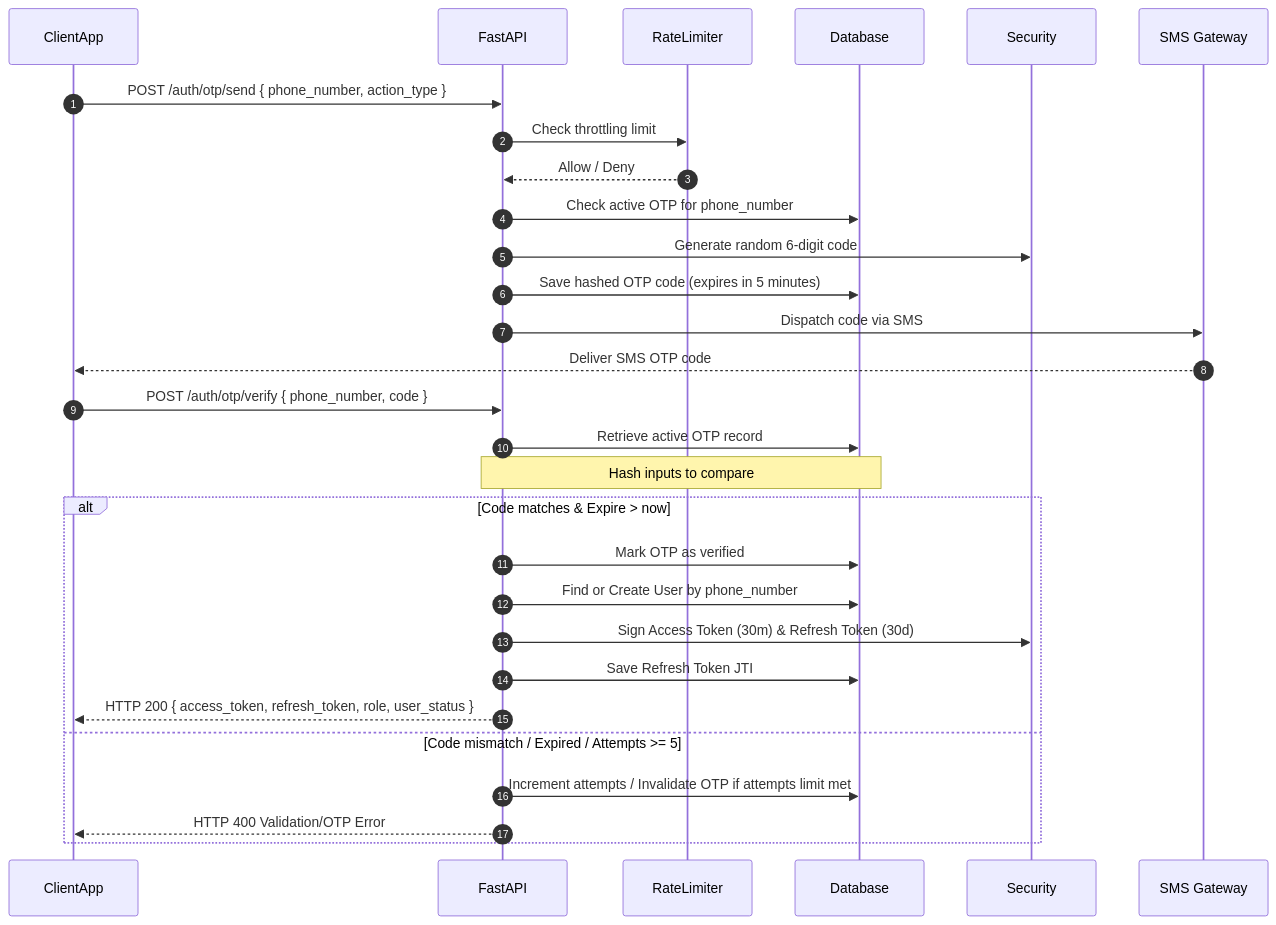
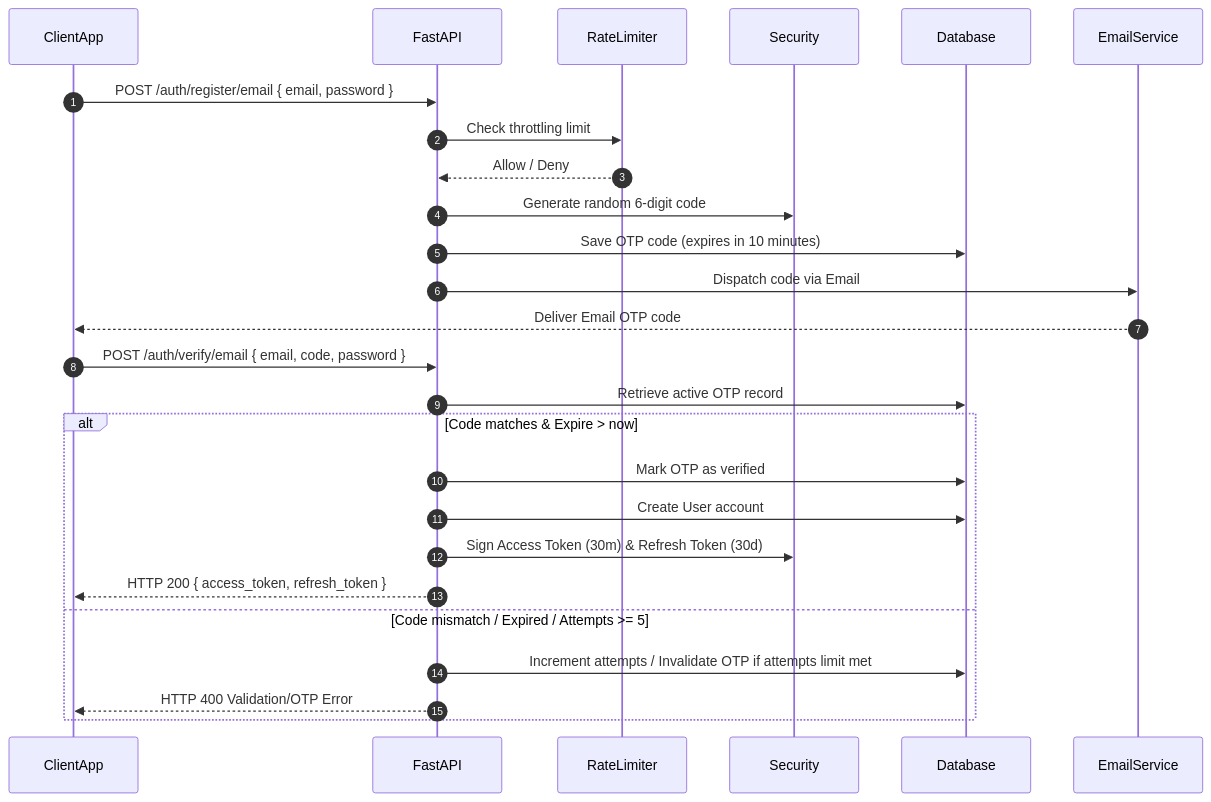
One commit to abhiyaligar/communityconnect changed the second of 3 diagrams in docs/Backend_Technical.md. Above: the diagram before and after it, drawn with Mermaid. The commit also changed other lines of this file and 7 other files, not shown here.

````diff
--- a/docs/Backend_Technical.md
+++ b/docs/Backend_Technical.md
@@ -127,25 +127,22 @@
 ```mermaid
 sequenceDiagram
     autonumber
-    ClientApp ->> FastAPI: POST /auth/otp/send { phone_number, action_type }
+    ClientApp ->> FastAPI: POST /auth/register/email { email, password }
     FastAPI ->> RateLimiter: Check throttling limit
     RateLimiter -->> FastAPI: Allow / Deny
-    FastAPI ->> Database: Check active OTP for phone_number
     FastAPI ->> Security: Generate random 6-digit code
-    FastAPI ->> Database: Save hashed OTP code (expires in 5 minutes)
-    FastAPI ->> SMS Gateway: Dispatch code via SMS
-    SMS Gateway -->> ClientApp: Deliver SMS OTP code
-    ClientApp ->> FastAPI: POST /auth/otp/verify { phone_number, code }
+    FastAPI ->> Database: Save OTP code (expires in 10 minutes)
+    FastAPI ->> EmailService: Dispatch code via Email
+    EmailService -->> ClientApp: Deliver Email OTP code
+    ClientApp ->> FastAPI: POST /auth/verify/email { email, code, password }
     FastAPI ->> Database: Retrieve active OTP record
-    Note over FastAPI, Database: Hash inputs to compare
     alt Code matches & Expire > now
         FastAPI ->> Database: Mark OTP as verified
-        FastAPI ->> Database: Find or Create User by phone_number
+        FastAPI ->> Database: Create User account
         FastAPI ->> Security: Sign Access Token (30m) & Refresh Token (30d)
-        FastAPI ->> Database: Save Refresh Token JTI
-        FastAPI -->> ClientApp: HTTP 200 { access_token, refresh_token, role, user_status }
+        FastAPI -->> ClientApp: HTTP 200 { access_token, refresh_token }
     else Code mismatch / Expired / Attempts >= 5
         FastAPI ->> Database: Increment attempts / Invalidate OTP if attempts limit met
         FastAPI -->> ClientApp: HTTP 400 Validation/OTP Error
     end
 ```
````
